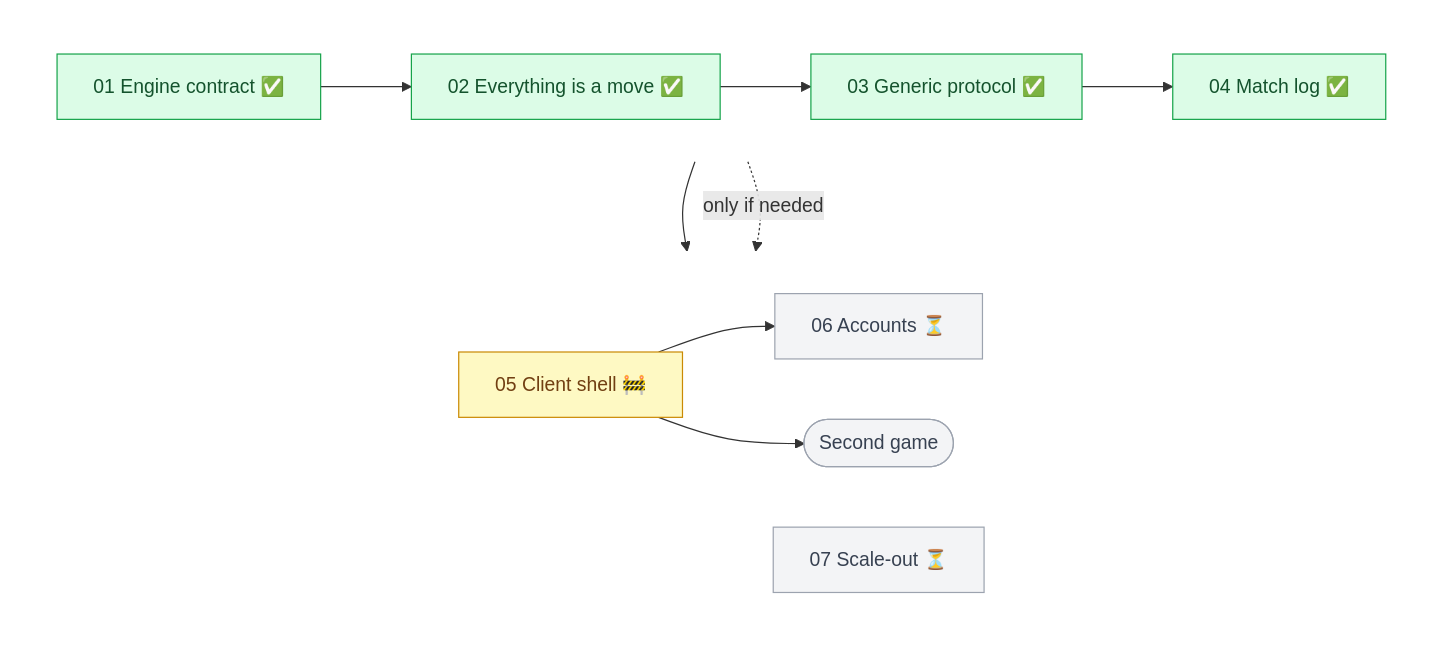
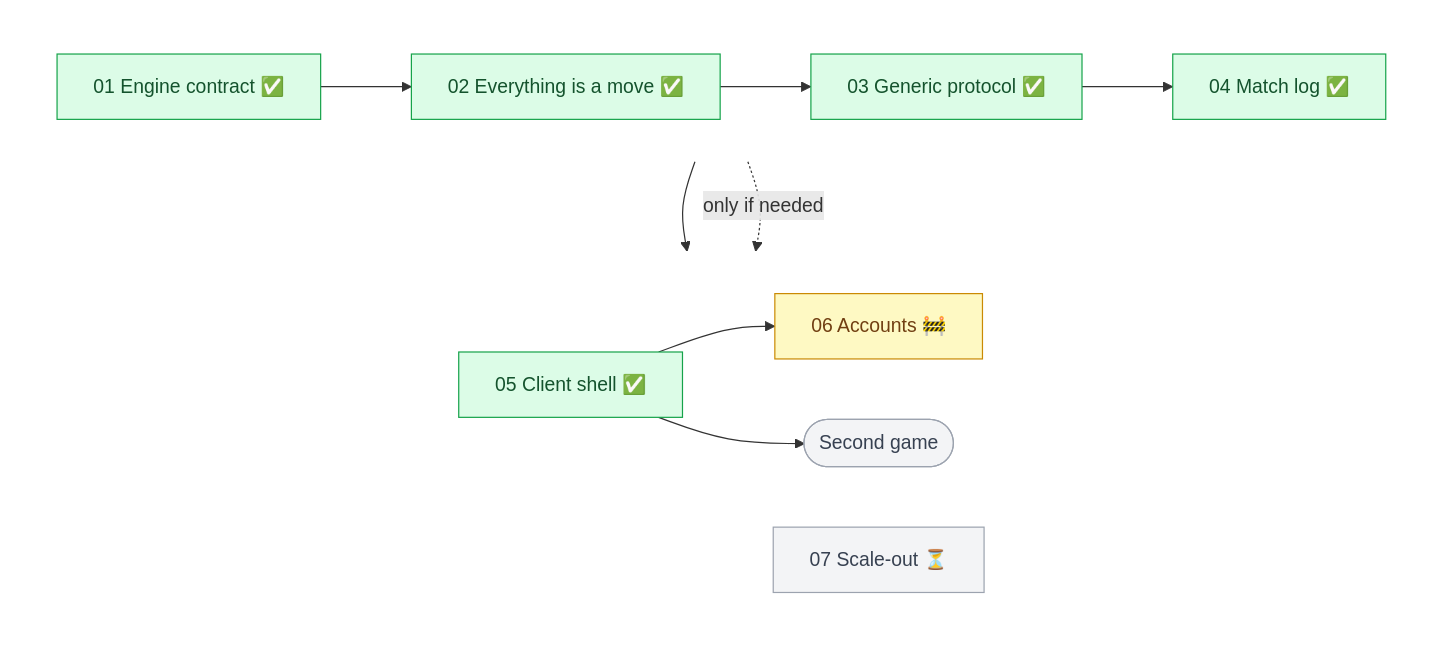
One commit to thawmisntme4081/boardgame changed the second of 2 diagrams in docs/PLAN.md. Above: the diagram before and after it, drawn with Mermaid. The commit also changed other lines of this file and 288 other files, not shown here.

````diff
--- a/docs/PLAN.md
+++ b/docs/PLAN.md
@@ -55,25 +55,25 @@
 ```mermaid
 flowchart TB
   subgraph R1[" "]
     direction LR
     P1[01 Engine contract ✅] --> P2[02 Everything is a move ✅]
     P2 --> P3[03 Generic protocol ✅]
     P3 --> P4[04 Match log ✅]
   end
   subgraph R2[" "]
     direction LR
-    P5[05 Client shell 🚧] --> P6[06 Accounts ⏳]
+    P5[05 Client shell ✅] --> P6[06 Accounts 🚧]
     P5 --> G2([Second game])
     P7[07 Scale-out ⏳]
   end
   P4 --> P5
   P4 -.->|only if needed| P7
   style R1 fill:none,stroke:none
   style R2 fill:none,stroke:none
   classDef done fill:#dcfce7,stroke:#16a34a,color:#14532d
   classDef doing fill:#fef9c3,stroke:#ca8a04,color:#713f12
   classDef todo fill:#f3f4f6,stroke:#9ca3af,color:#374151
-  class P1,P2,P3,P4 done
-  class P5 doing
-  class P6,P7,G2 todo
+  class P1,P2,P3,P4,P5 done
+  class P6 doing
+  class P7,G2 todo
 ```
````
